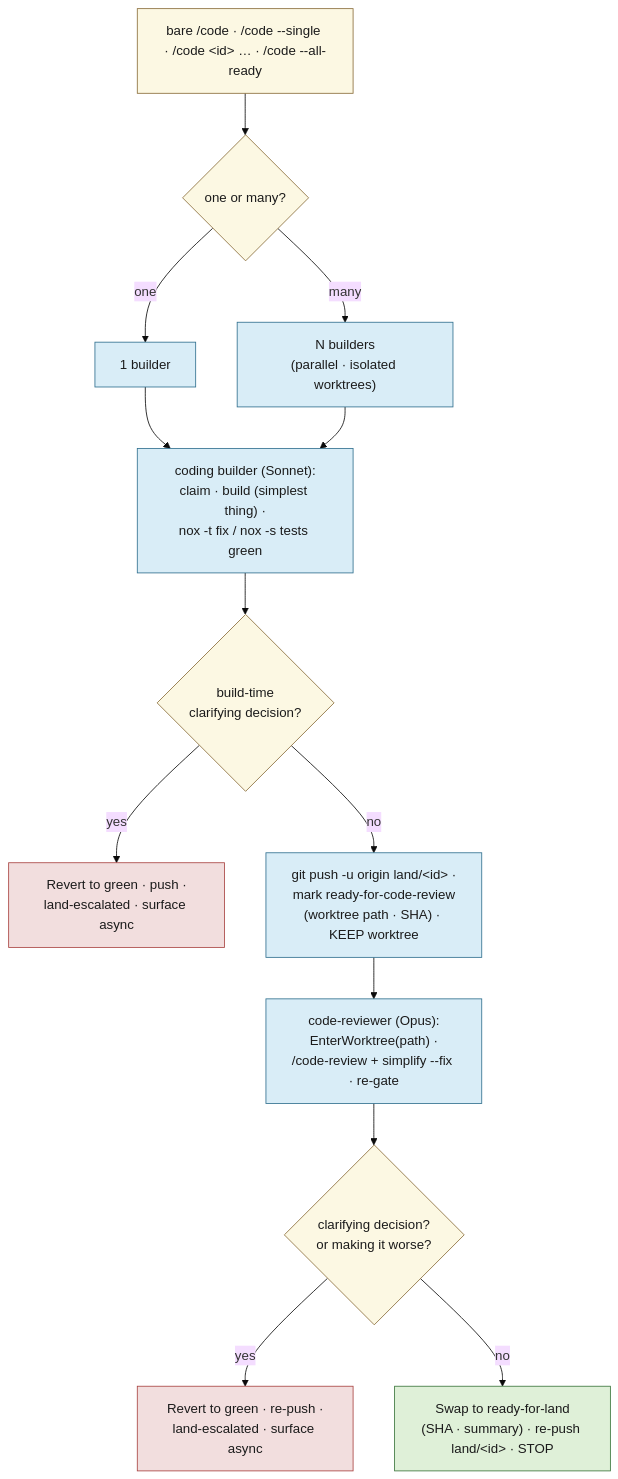
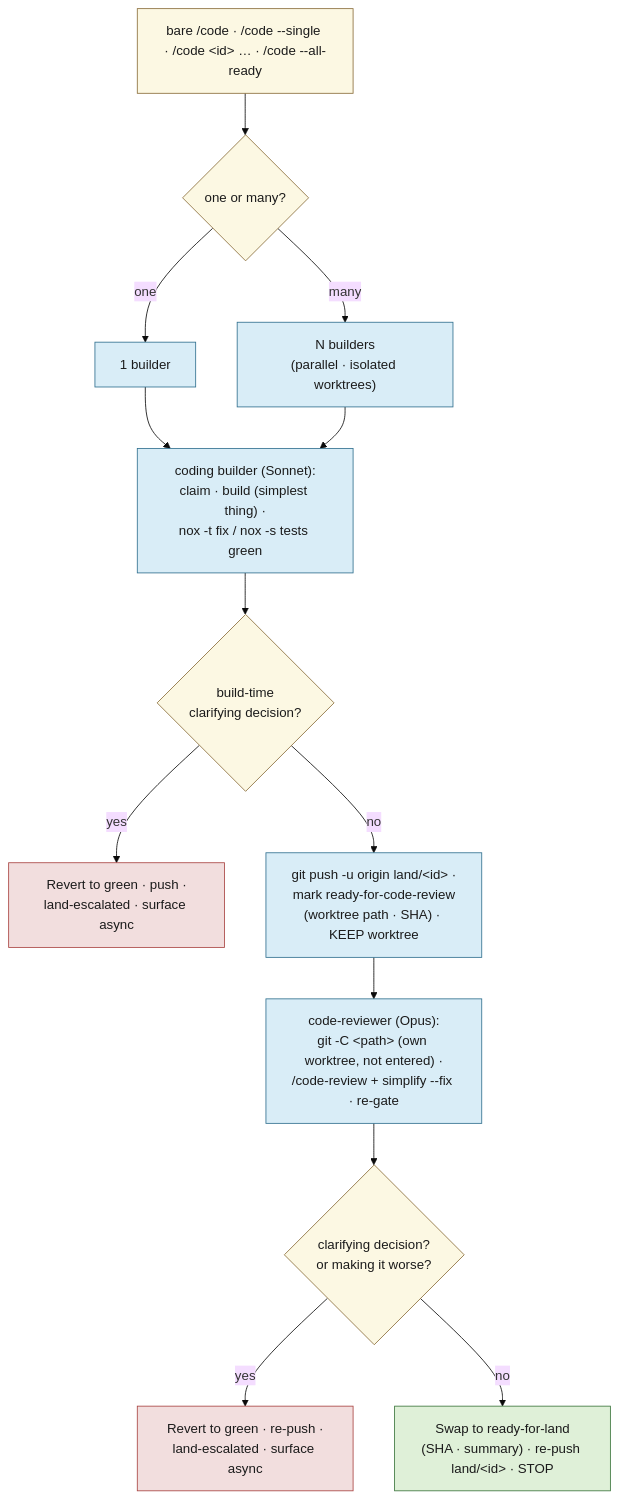
One commit to bildzeitung/lode changed the third of 4 diagrams in docs/agents-workflow.md. Above: the diagram before and after it, drawn with Mermaid (base theme). The commit also changed other lines of this file, not shown here.

First line of the commit message:
docs(agents-workflow): fix stale EnterWorktree(path) cwd-relocation claim

````diff
--- a/docs/agents-workflow.md
+++ b/docs/agents-workflow.md
@@ -300,26 +305,26 @@
 ```mermaid
 flowchart TD
     INV["bare /code · /code --single · /code &lt;id&gt; … · /code --all-ready"] --> N{"one or many?"}
     N -->|"one"| ONE["1 builder"]
     N -->|"many"| FAN["N builders<br>(parallel · isolated worktrees)"]
     ONE --> BUILD["coding builder (Sonnet):<br>claim · build (simplest thing) ·<br>nox -t fix / nox -s tests green"]
     FAN --> BUILD
     BUILD --> BESC{"build-time<br>clarifying decision?"}
     BESC -->|"yes"| BHOLD["Revert to green · push ·<br>land-escalated · surface async"]
     BESC -->|"no"| PUSH["git push -u origin land/&lt;id&gt; ·<br>mark ready-for-code-review<br>(worktree path · SHA) · KEEP worktree"]
-    PUSH --> REV["code-reviewer (Opus):<br>EnterWorktree(path) ·<br>/code-review + simplify --fix · re-gate"]
+    PUSH --> REV["code-reviewer (Opus):<br>git -C &lt;path&gt; (own worktree, not entered) ·<br>/code-review + simplify --fix · re-gate"]
     REV --> RESC{"clarifying decision?<br>or making it worse?"}
     RESC -->|"yes"| RHOLD["Revert to green · re-push ·<br>land-escalated · surface async"]
     RESC -->|"no"| MARK["Swap to ready-for-land<br>(SHA · summary) · re-push land/&lt;id&gt; · STOP"]
 
     classDef start fill:#fcf8e3,stroke:#8a6d3b,color:#1b1b1b;
     classDef work fill:#d9edf7,stroke:#31708f,color:#1b1b1b;
     classDef gate fill:#fcf8e3,stroke:#8a6d3b,color:#1b1b1b;
     classDef bad fill:#f2dede,stroke:#a94442,color:#1b1b1b;
     classDef good fill:#dff0d8,stroke:#3c763d,color:#1b1b1b;
     class INV,N start;
     class ONE,FAN,BUILD,PUSH,REV work;
     class BESC,RESC gate;
     class BHOLD,RHOLD bad;
     class MARK good;
 ```
````
